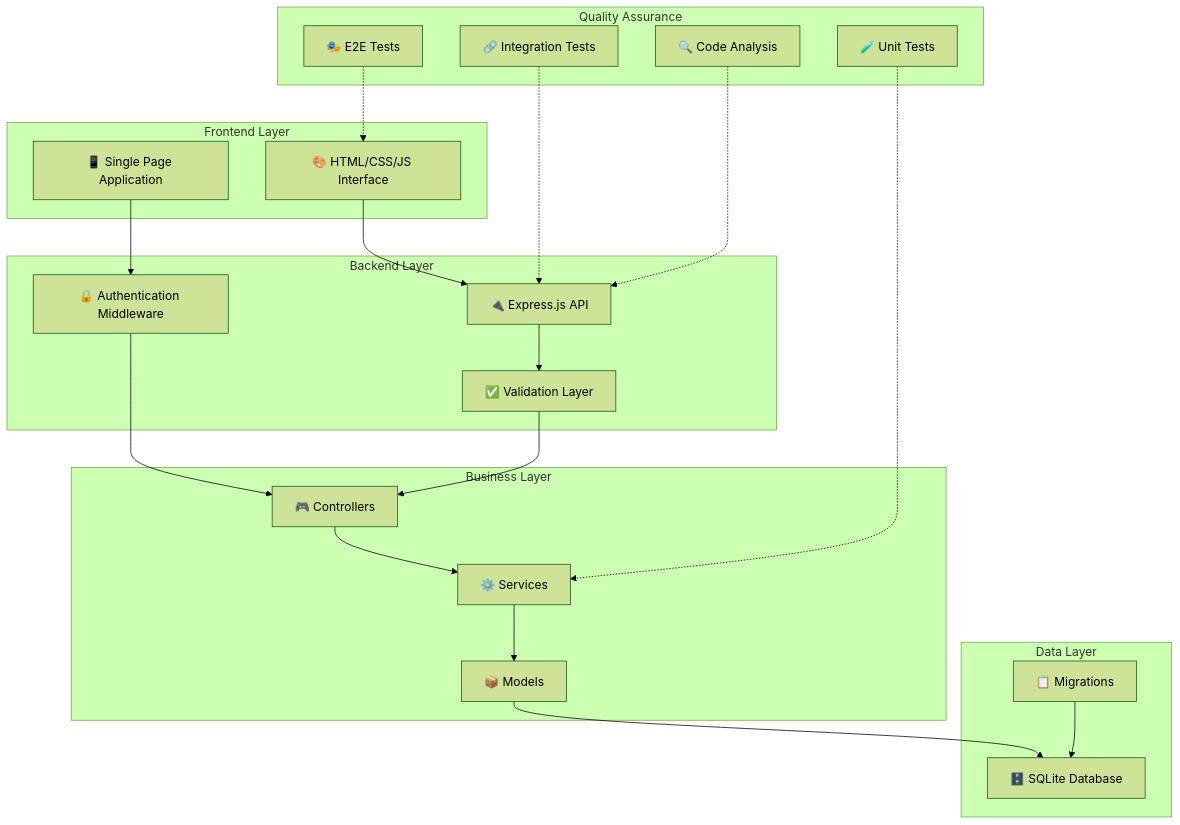
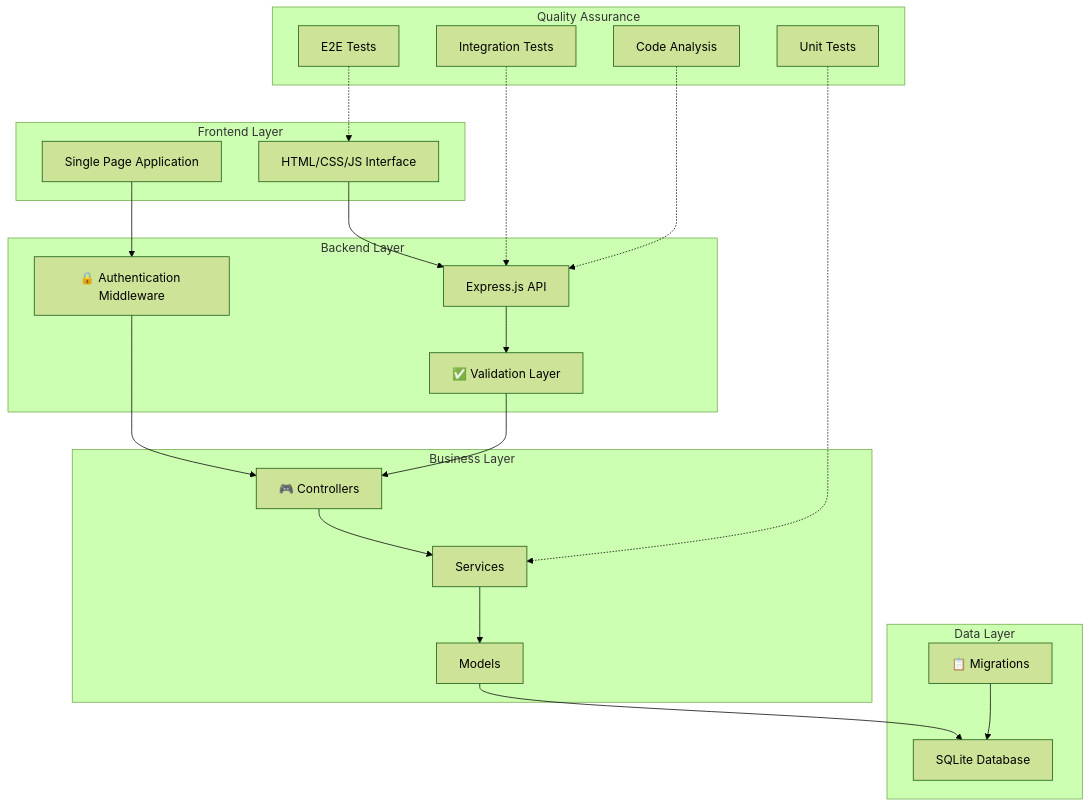
Before and after one commit to Arias08426/PROYECTOFINALPRUEBAS: the diagram in README.md, drawn with Mermaid (forest theme). The commit also changed other lines of this file and 4 other files, not shown here.

````diff
--- a/README.md
+++ b/README.md
@@ -43,46 +43,46 @@
 ```mermaid
 graph TB
     subgraph "Frontend Layer"
-        UI[🎨 HTML/CSS/JS Interface]
-        SPA[📱 Single Page Application]
+        UI[HTML/CSS/JS Interface]
+        SPA[Single Page Application]
     end
-    
+
     subgraph "Backend Layer"
-        API[🔌 Express.js API]
+        API[Express.js API]
         AUTH[🔒 Authentication Middleware]
         VALID[✅ Validation Layer]
     end
     
     subgraph "Business Layer"
         CTRL[🎮 Controllers]
-        SRV[⚙️ Services]
-        MDL[📦 Models]
+        SRV[Services]
+        MDL[Models]
     end
     
     subgraph "Data Layer"
-        DB[🗄️ SQLite Database]
+        DB[SQLite Database]
         MIG[📋 Migrations]
     end
     
     subgraph "Quality Assurance"
-        UNIT[🧪 Unit Tests]
-        INT[🔗 Integration Tests]
-        E2E[🎭 E2E Tests]
-        LINT[🔍 Code Analysis]
+        UNIT[Unit Tests]
+        INT[Integration Tests]
+        E2E[E2E Tests]
+        LINT[Code Analysis]
     end
     
     UI --> API
     SPA --> AUTH
     API --> VALID
     AUTH --> CTRL
     VALID --> CTRL
     CTRL --> SRV
     SRV --> MDL
     MDL --> DB
     MIG --> DB
     
     UNIT -.-> SRV
     INT -.-> API
     E2E -.-> UI
     LINT -.-> API
 ```
````
